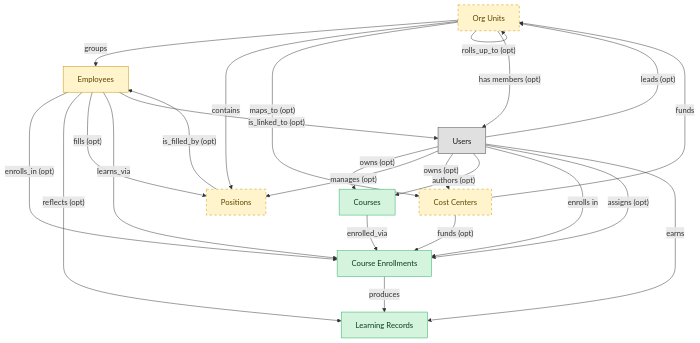
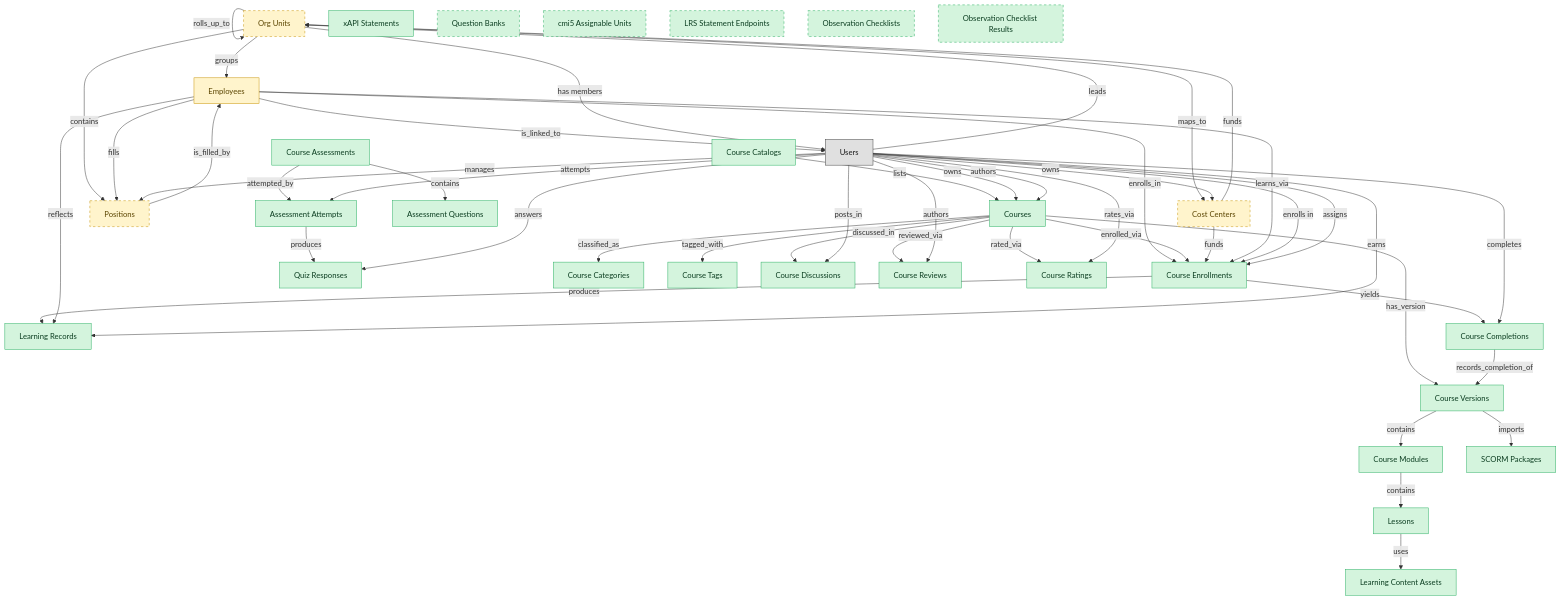
The diagram in blueprints/lms-course-delivery-semantic-blueprint.md (semantius/semantius), drawn with Mermaid before and after one commit. The commit also changed other lines of this file and 255 other files, not shown here.

````diff
--- a/blueprints/lms-course-delivery-semantic-blueprint.md
+++ b/blueprints/lms-course-delivery-semantic-blueprint.md
@@ -41,30 +67,74 @@
   employees["Employees"]
   hcm_positions["Positions"]
   cost_centers["Cost Centers"]
+  course_versions["Course Versions"]
+  course_modules["Course Modules"]
+  lessons["Lessons"]
+  learning_content_assets["Learning Content Assets"]
+  scorm_packages["SCORM Packages"]
+  xapi_statements["xAPI Statements"]
+  course_completions["Course Completions"]
+  course_assessments["Course Assessments"]
+  assessment_questions["Assessment Questions"]
+  assessment_attempts["Assessment Attempts"]
+  quiz_responses["Quiz Responses"]
+  course_categories["Course Categories"]
+  course_tags["Course Tags"]
+  course_catalogs["Course Catalogs"]
+  course_discussions["Course Discussions"]
+  course_reviews["Course Reviews"]
+  course_ratings["Course Ratings"]
+  question_banks["Question Banks"]
+  cmi5_assignable_units["cmi5 Assignable Units"]
+  lrs_statement_endpoints["LRS Statement Endpoints"]
+  observation_checklists["Observation Checklists"]
+  observation_checklist_results["Observation Checklist Results"]
   users["Users"]
+  courses -->|"has_version"| course_versions
+  course_versions -->|"contains"| course_modules
+  course_modules -->|"contains"| lessons
+  lessons -->|"uses"| learning_content_assets
+  course_versions -->|"imports"| scorm_packages
+  course_completions -->|"records_completion_of"| course_versions
+  course_enrollments -->|"yields"| course_completions
+  course_assessments -->|"contains"| assessment_questions
+  course_assessments -->|"attempted_by"| assessment_attempts
+  assessment_attempts -->|"produces"| quiz_responses
+  courses -->|"classified_as"| course_categories
+  courses -->|"tagged_with"| course_tags
+  course_catalogs -->|"lists"| courses
+  courses -->|"reviewed_via"| course_reviews
+  courses -->|"rated_via"| course_ratings
+  courses -->|"discussed_in"| course_discussions
   org_units -->|"groups"| employees
   org_units -->|"contains"| hcm_positions
-  hcm_positions -->|"is_filled_by (opt)"| employees
+  hcm_positions -->|"is_filled_by"| employees
   cost_centers -->|"funds"| org_units
-  employees -->|"enrolls_in (opt)"| course_enrollments
-  org_units -->|"maps_to (opt)"| cost_centers
+  employees -->|"enrolls_in"| course_enrollments
+  org_units -->|"maps_to"| cost_centers
   courses -->|"enrolled_via"| course_enrollments
   course_enrollments -->|"produces"| learning_records
-  cost_centers -->|"funds (opt)"| course_enrollments
-  employees -->|"reflects (opt)"| learning_records
-  employees -->|"fills (opt)"| hcm_positions
+  cost_centers -->|"funds"| course_enrollments
+  employees -->|"reflects"| learning_records
+  employees -->|"fills"| hcm_positions
   employees -->|"learns_via"| course_enrollments
-  org_units -->|"rolls_up_to (opt)"| org_units
-  users -->|"owns (opt)"| courses
-  employees -->|"is_linked_to (opt)"| users
-  users -->|"manages (opt)"| hcm_positions
-  users -->|"leads (opt)"| org_units
-  users -->|"owns (opt)"| cost_centers
-  users -->|"authors (opt)"| courses
+  org_units -->|"rolls_up_to"| org_units
+  users -->|"owns"| courses
+  users -->|"attempts"| assessment_attempts
+  users -->|"answers"| quiz_responses
+  users -->|"completes"| course_completions
+  users -->|"posts_in"| course_discussions
+  users -->|"authors"| course_reviews
+  users -->|"rates_via"| course_ratings
+  employees -->|"is_linked_to"| users
+  users -->|"manages"| hcm_positions
+  users -->|"leads"| org_units
+  users -->|"owns"| cost_centers
+  users -->|"authors"| courses
   users -->|"enrolls in"| course_enrollments
-  users -->|"assigns (opt)"| course_enrollments
+  users -->|"assigns"| course_enrollments
   users -->|"earns"| learning_records
-  org_units -->|"has members (opt)"| users
+  org_units -->|"has members"| users
   class org_units embedded_master;
   class courses master;
   class course_enrollments master;
@@ -72,8 +142,35 @@
   class employees embedded_master;
   class hcm_positions embedded_master;
   class cost_centers embedded_master;
+  class course_versions master;
+  class course_modules master;
+  class lessons master;
+  class learning_content_assets master;
+  class scorm_packages master;
+  class xapi_statements master;
+  class course_completions master;
+  class course_assessments master;
+  class assessment_questions master;
+  class assessment_attempts master;
+  class quiz_responses master;
+  class course_categories master;
+  class course_tags master;
+  class course_catalogs master;
+  class course_discussions master;
+  class course_reviews master;
+  class course_ratings master;
+  class question_banks master;
+  class cmi5_assignable_units master;
+  class lrs_statement_endpoints master;
+  class observation_checklists master;
+  class observation_checklist_results master;
   class users platform_builtin;
   style org_units stroke-dasharray:5 5;
   style hcm_positions stroke-dasharray:5 5;
   style cost_centers stroke-dasharray:5 5;
+  style question_banks stroke-dasharray:5 5;
+  style cmi5_assignable_units stroke-dasharray:5 5;
+  style lrs_statement_endpoints stroke-dasharray:5 5;
+  style observation_checklists stroke-dasharray:5 5;
+  style observation_checklist_results stroke-dasharray:5 5;
 ```
````
